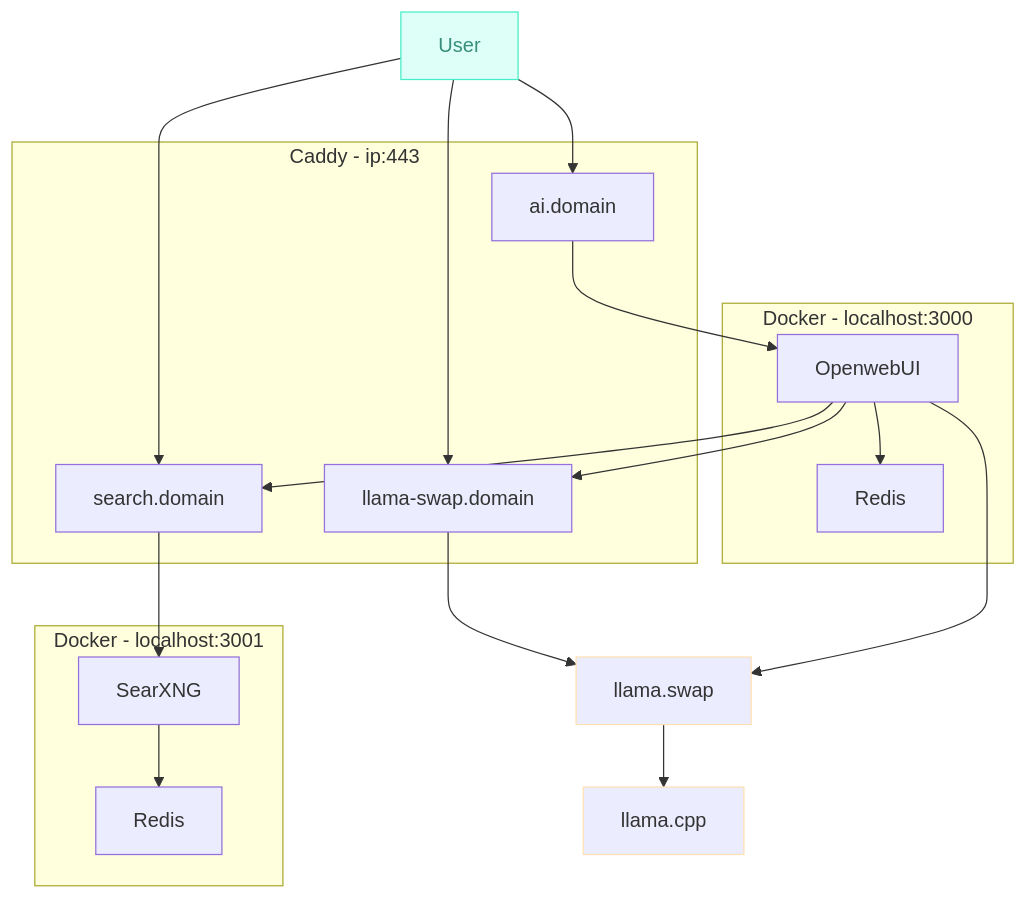
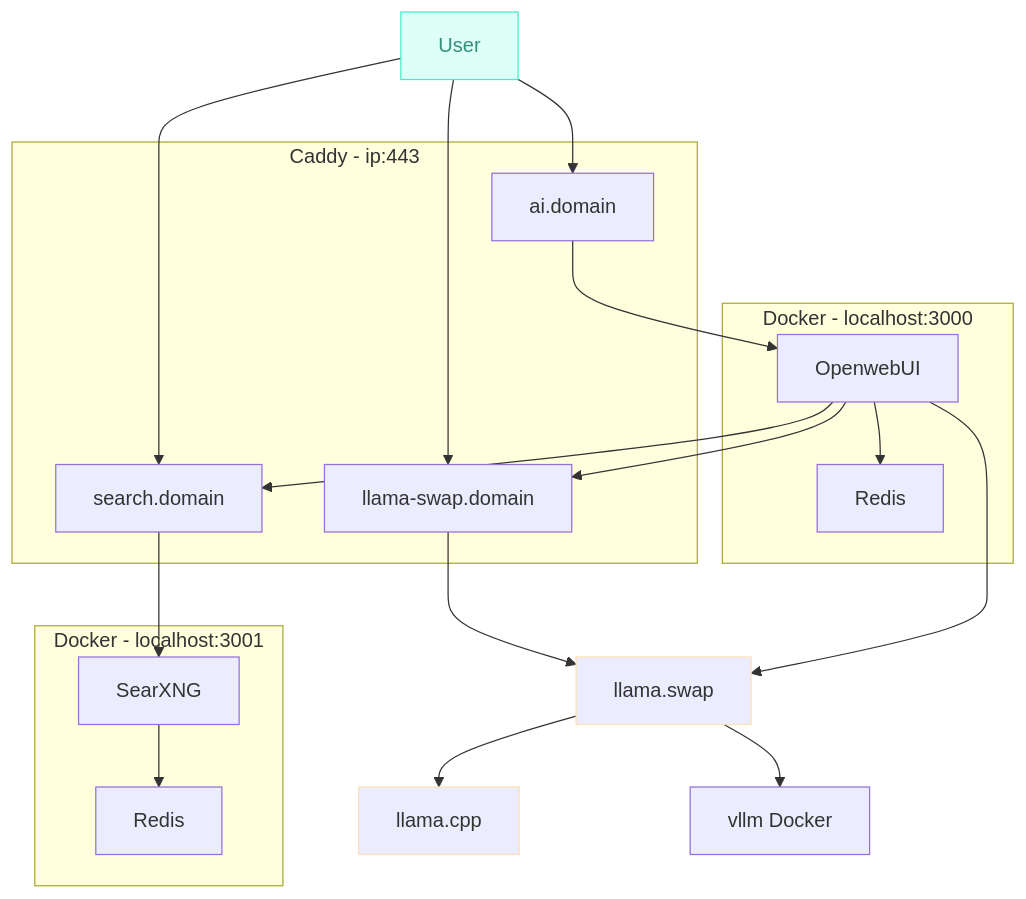
Before and after one commit to cycl00ps/ai-lab: the diagram in README.md, drawn with Mermaid.

````diff
--- a/README.md
+++ b/README.md
@@ -12,31 +12,32 @@
 ```mermaid
 flowchart TD
  subgraph subGraph0["Docker - localhost:3000"]
         B["Redis"]
         A["OpenwebUI"]
   end
  subgraph subGraph1["Docker - localhost:3001"]
         D["Redis"]
         C["SearXNG"]
   end
  subgraph subGraph2["Caddy - ip:443"]
         E["ai.domain"]
         H["search.domain"]
         J["llama-swap.domain"]
   end
     A --> B & F["llama.swap"] & H & J
     C --> D
     E --> A
     H --> C
     F --> G["llama.cpp"]
+    F --> K["vllm Docker"]
     I["User"] --> E
     I["User"] --> H
     I --> J
     J --> F
 
      I:::Aqua
     classDef Aqua stroke-width:1px, stroke-dasharray:none, stroke:#46EDC8, fill:#DEFFF8, color:#378E7A
     style F stroke:#FFE0B2
     style G stroke:#FFE0B2
     style subGraph2 stroke:#FFE0B2```
 ```
````
